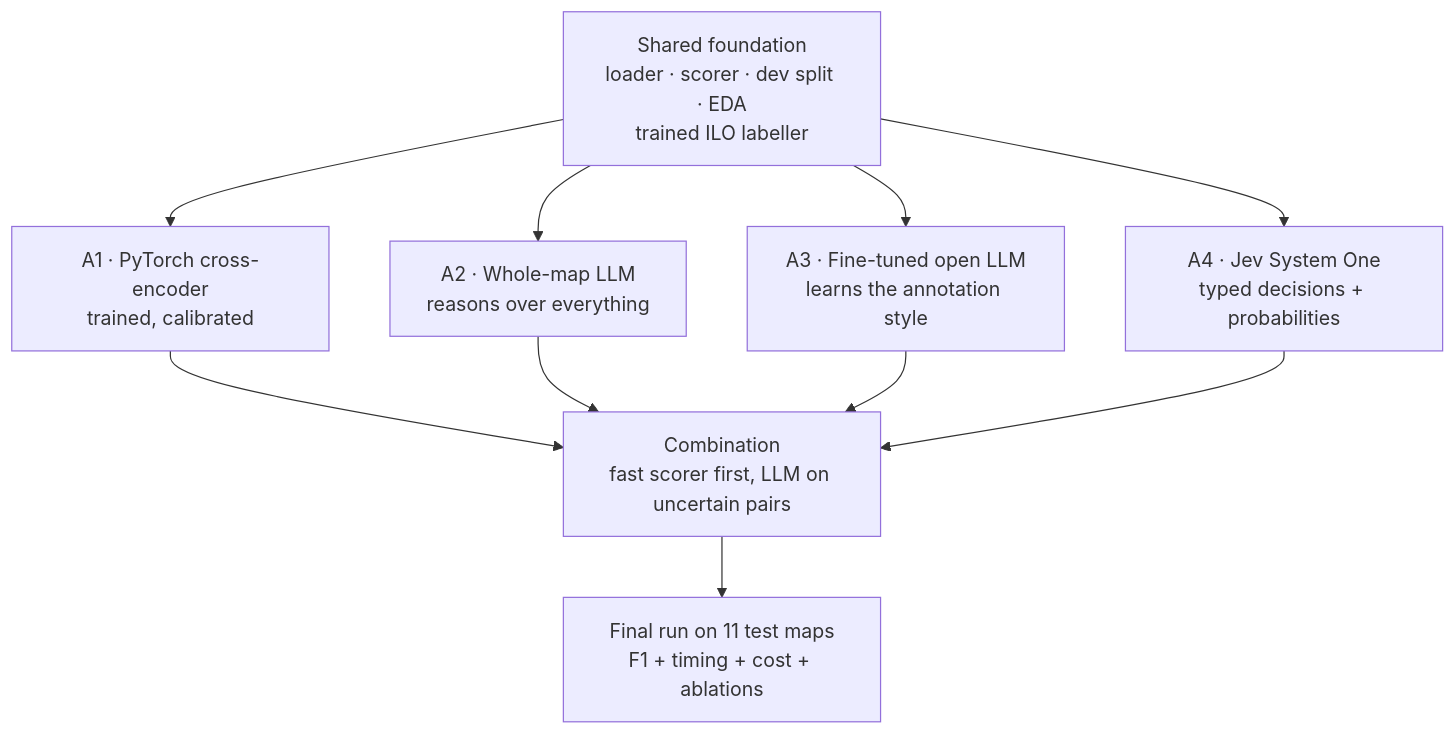
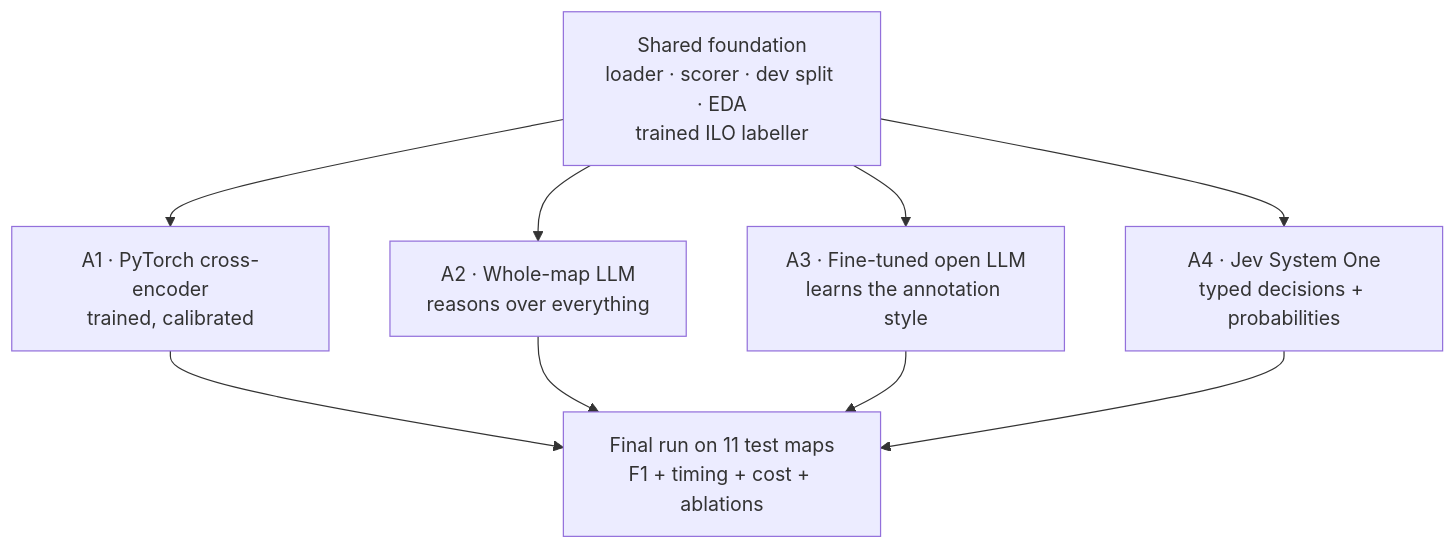
The third of 3 diagrams in CLAUDE.md (KuuNL/Argument-Mining), drawn with Mermaid before and after one commit. The commit also changed other lines of this file and 21 other files, not shown here.

````diff
--- a/CLAUDE.md
+++ b/CLAUDE.md
@@ -141,10 +140,9 @@
 ```mermaid
 flowchart TB
   F["Shared foundation<br/>loader · scorer · dev split · EDA<br/>trained ILO labeller"] --> A1 & A2 & A3 & A4
   A1["A1 · PyTorch cross-encoder<br/>trained, calibrated"]
   A2["A2 · Whole-map LLM<br/>reasons over everything"]
   A3["A3 · Fine-tuned open LLM<br/>learns the annotation style"]
   A4["A4 · Jev System One<br/>typed decisions + probabilities"]
-  A1 & A2 & A3 & A4 --> C["Combination<br/>fast scorer first, LLM on uncertain pairs"]
-  C --> E["Final run on 11 test maps<br/>F1 + timing + cost + ablations"]
+  A1 & A2 & A3 & A4 --> E["Final run on 11 test maps<br/>F1 + timing + cost + ablations"]
 ```
````
